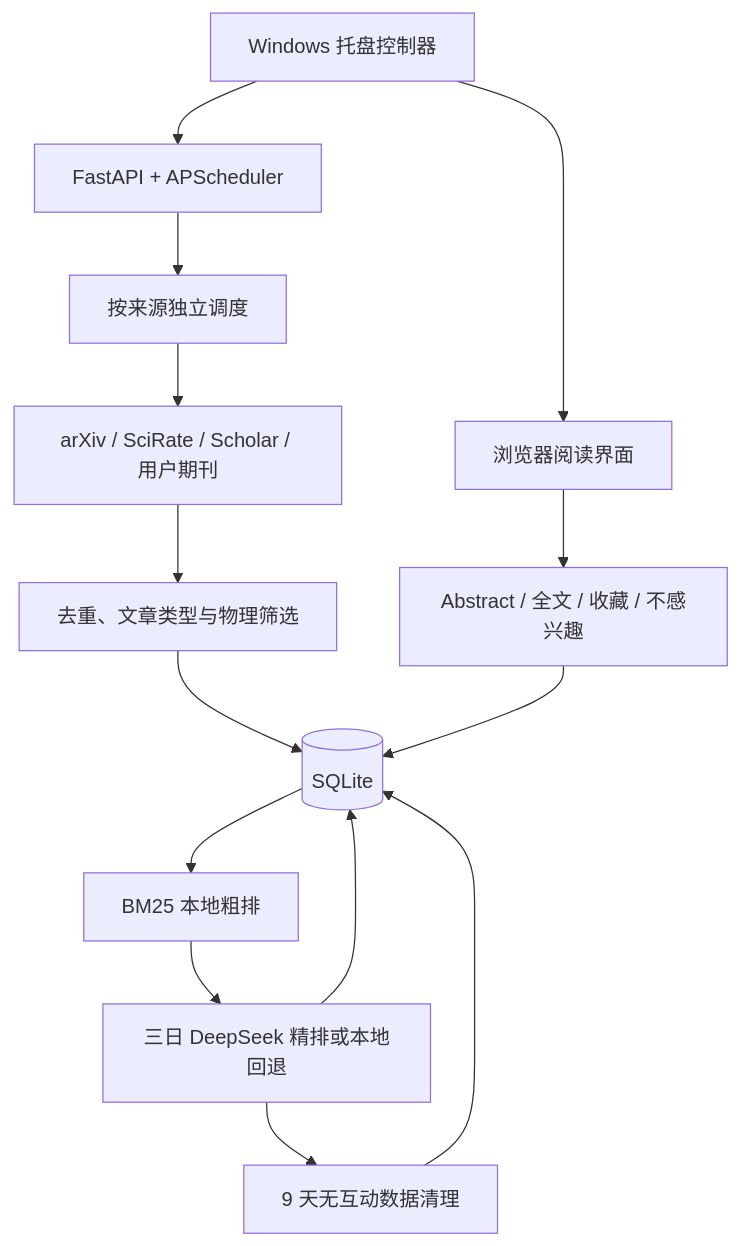
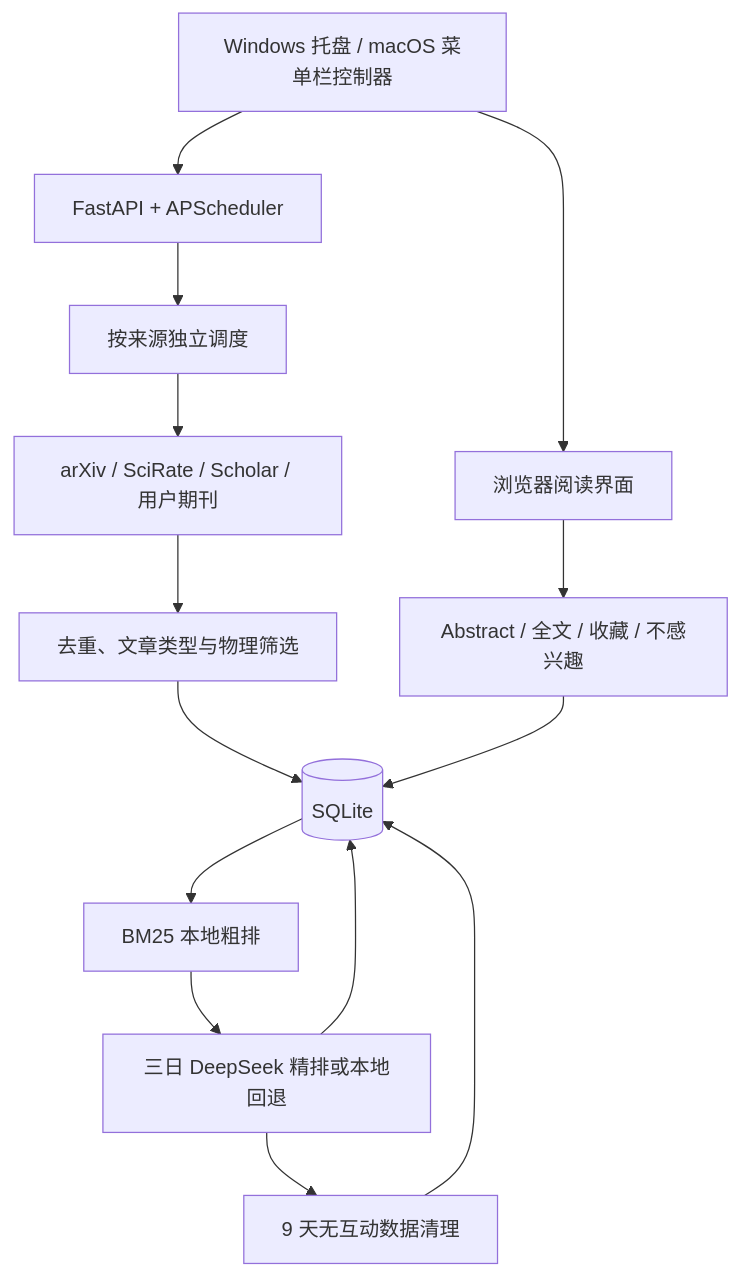
The diagram in docs/architecture.md (yuand17/arxiv-article-updater), drawn with Mermaid before and after one commit. The commit also changed other lines of this file and 20 other files, not shown here.

Commit message:
Add packaged Windows and macOS releases

````diff
--- a/docs/architecture.md
+++ b/docs/architecture.md
@@ -3,16 +3,16 @@
 ```mermaid
 flowchart TD
-    C["Windows 托盘控制器"] --> W["FastAPI + APScheduler"]
+    C["Windows 托盘 / macOS 菜单栏控制器"] --> W["FastAPI + APScheduler"]
     C --> B["浏览器阅读界面"]
     W --> S["按来源独立调度"]
     S --> X["arXiv / SciRate / Scholar / 用户期刊"]
     X --> F["去重、文章类型与物理筛选"]
     F --> DB[("SQLite")]
     DB --> L["BM25 本地粗排"]
     L --> R["三日 DeepSeek 精排或本地回退"]
     R --> DB
     B --> I["Abstract / 全文 / 收藏 / 不感兴趣"]
     I --> DB
     R --> K["9 天无互动数据清理"]
     K --> DB
 ```
````
